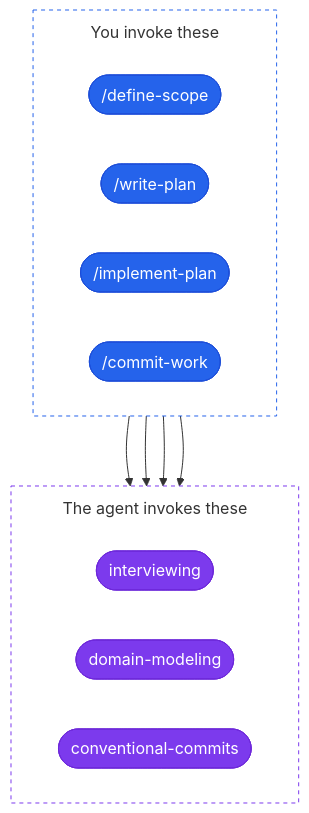
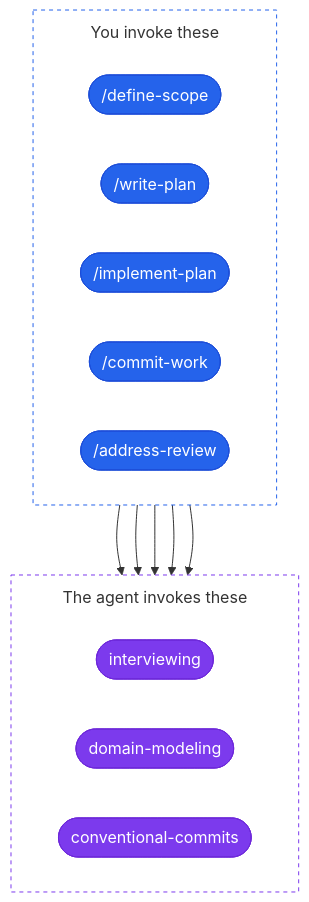
The diagram in README.md (javierscode/skills), drawn with Mermaid before and after one commit. The commit also changed other lines of this file and 2 other files, not shown here.

Commit message:
feat: add address-review, which works through a PR's review comments one at a time

````diff
--- a/README.md
+++ b/README.md
@@ -40,36 +41,38 @@
 ```mermaid
 ---
 config:
   flowchart:
     rankSpacing: 70
     subGraphTitleMargin:
       top: 10
       bottom: 20
 ---
 flowchart TB
   subgraph you["You invoke these"]
     direction LR
     define-scope(["/define-scope"])
     write-plan(["/write-plan"])
     implement-plan(["/implement-plan"])
     commit-work(["/commit-work"])
+    address-review(["/address-review"])
   end
   subgraph agent["The agent invokes these"]
     direction LR
     interviewing(["interviewing"])
     domain-modeling(["domain-modeling"])
     conventional-commits(["conventional-commits"])
   end
 
   define-scope --> interviewing
   define-scope --> domain-modeling
   implement-plan --> conventional-commits
   commit-work --> conventional-commits
+  address-review --> conventional-commits
 
   classDef user fill:#2563eb,stroke:#1d4ed8,color:#fff
   classDef model fill:#7c3aed,stroke:#6d28d9,color:#fff
-  class define-scope,write-plan,implement-plan,commit-work user
+  class define-scope,write-plan,implement-plan,commit-work,address-review user
   class interviewing,domain-modeling,conventional-commits model
   style you fill:transparent,stroke:#2563eb,stroke-dasharray:4 4
   style agent fill:transparent,stroke:#7c3aed,stroke-dasharray:4 4
 ```
````
